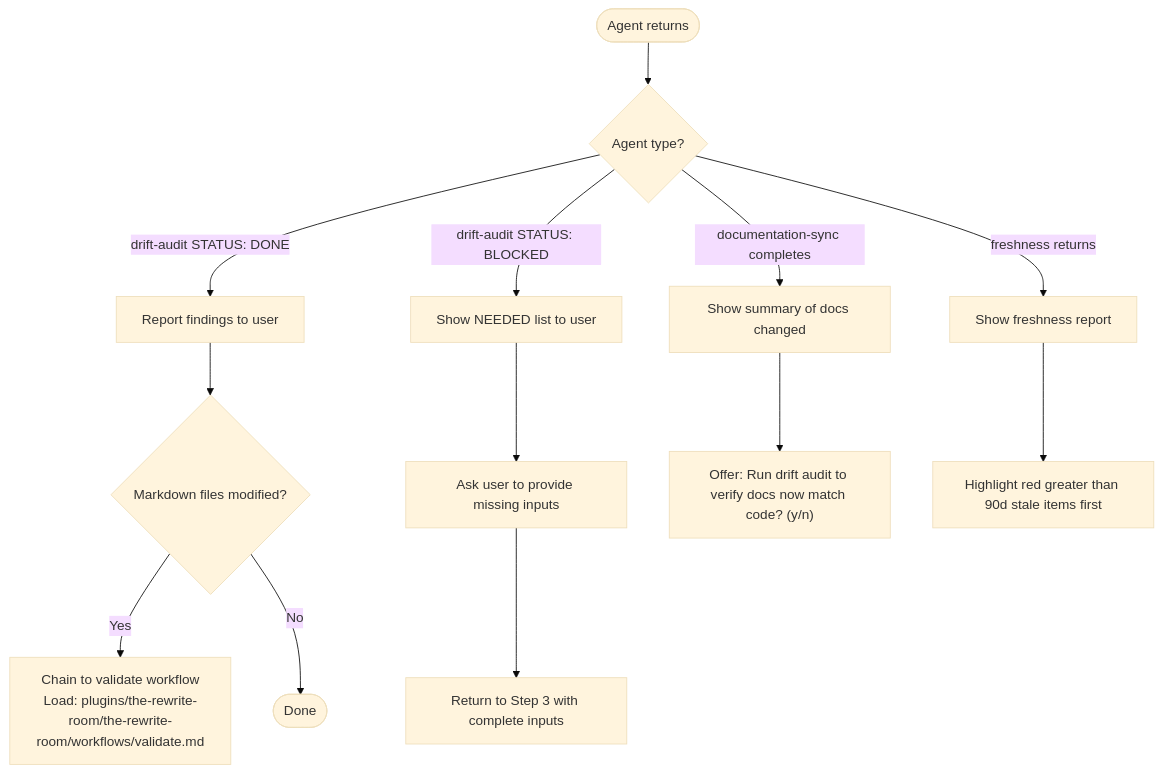
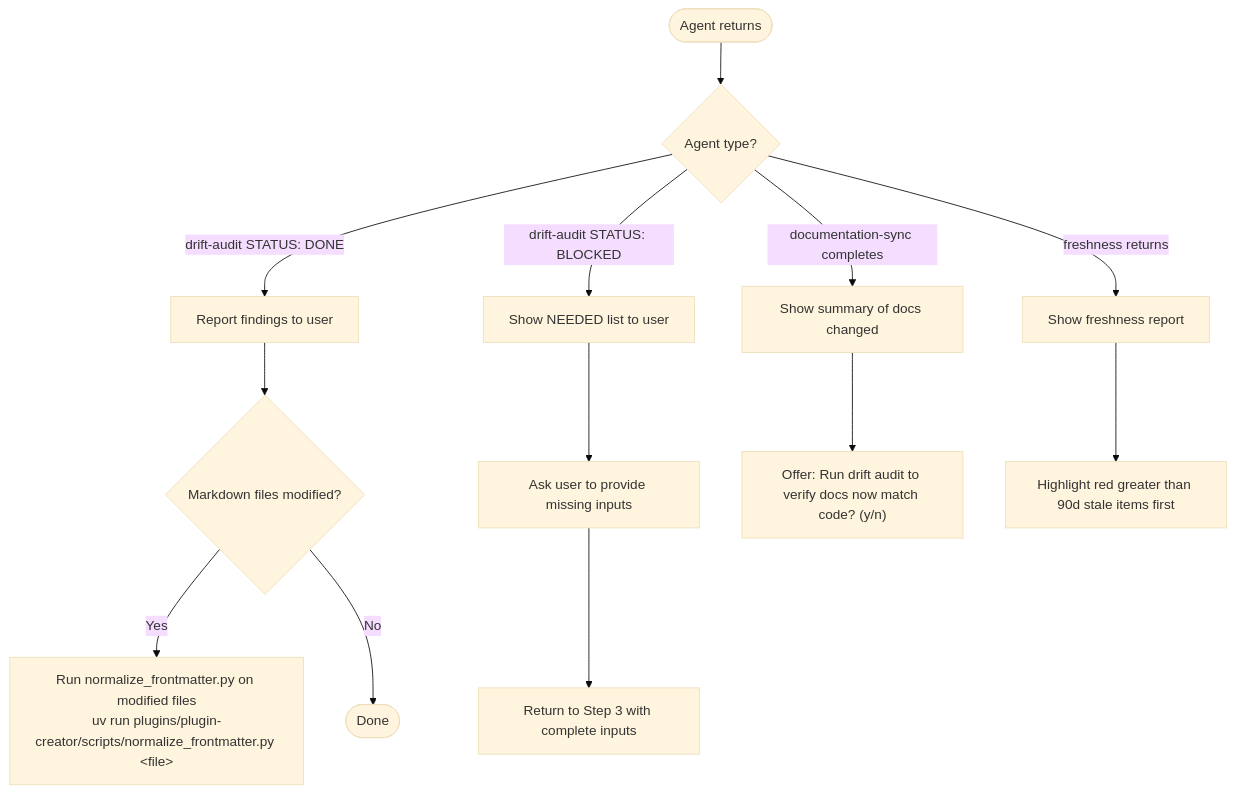
Before and after one commit to chgreer1070/claude_skills: the second of 2 diagrams in plugins/the-rewrite-room/the-rewrite-room/workflows/audit.md, drawn with Mermaid (base theme). The commit also changed other lines of this file and 229 other files, not shown here.

````diff
--- a/plugins/the-rewrite-room/the-rewrite-room/workflows/audit.md
+++ b/plugins/the-rewrite-room/the-rewrite-room/workflows/audit.md
@@ -73,15 +73,15 @@
 ```mermaid
 flowchart TD
     Return([Agent returns]) --> Q{Agent type?}
     Q -->|drift-audit STATUS: DONE| Report[Report findings to user]
     Report --> Chain{Markdown files modified?}
-    Chain -->|Yes| Validate[Chain to validate workflow\nLoad: plugins/the-rewrite-room/the-rewrite-room/workflows/validate.md]
+    Chain -->|Yes| Validate[Run normalize_frontmatter.py on modified files\nuv run plugins/plugin-creator/scripts/normalize_frontmatter.py &lt;file&gt;]
     Chain -->|No| Done([Done])
     Q -->|drift-audit STATUS: BLOCKED| ShowNeeded[Show NEEDED list to user]
     ShowNeeded --> Ask[Ask user to provide missing inputs]
     Ask --> Retry[Return to Step 3 with complete inputs]
     Q -->|documentation-sync completes| ShowSummary[Show summary of docs changed]
     ShowSummary --> Offer["Offer: Run drift audit to verify docs now match code? (y/n)"]
     Q -->|freshness returns| ShowFreshness[Show freshness report]
     ShowFreshness --> Highlight[Highlight red greater than 90d stale items first]
 ```
````
